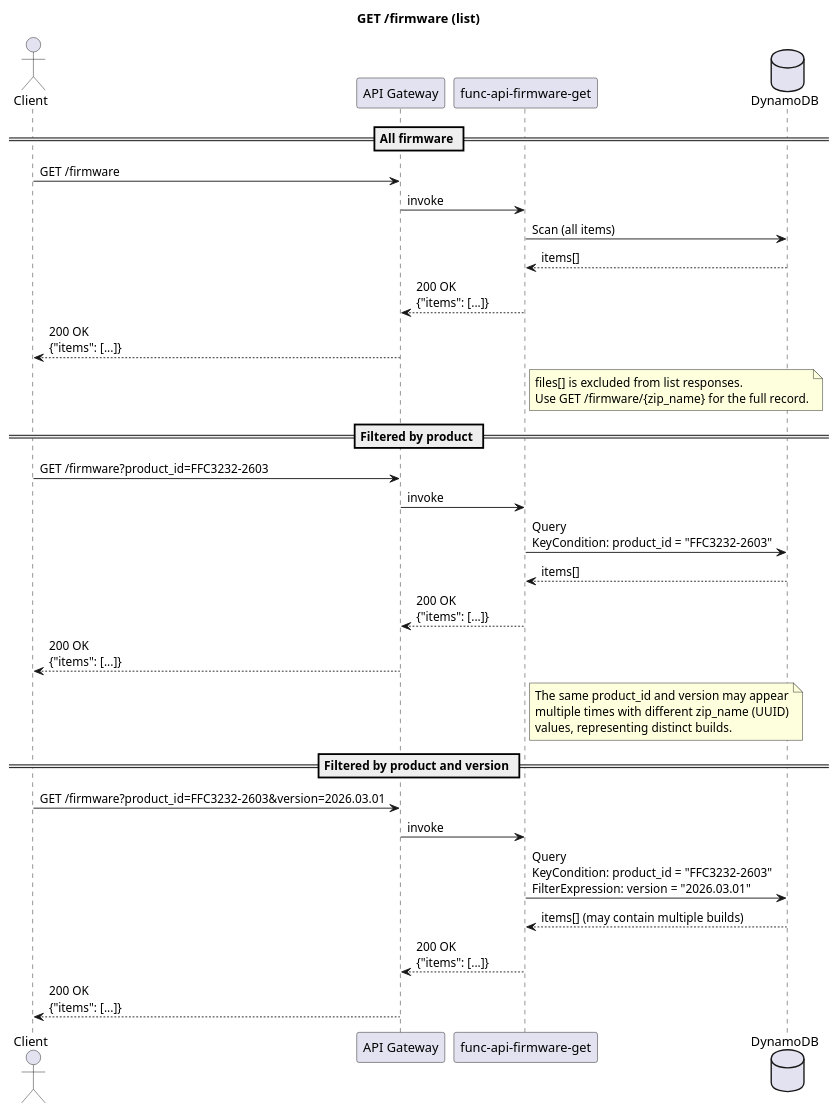
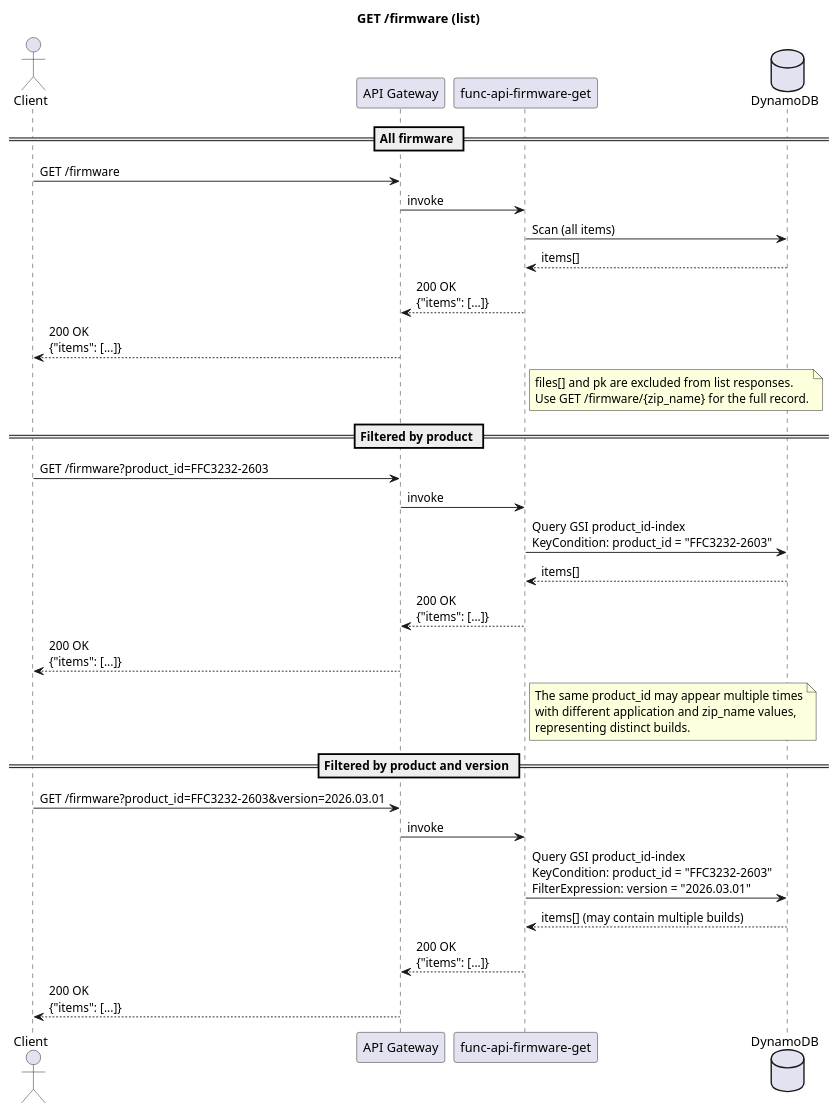
Before and after one commit to BrentIO/FireFly-Cloud: the diagram in docs/sequences/get-firmware-list.puml, drawn with PlantUML. The commit also changed 14 other files, not shown here.

First line of the commit message:
Redesign DynamoDB schema with composite PK and GSIs

```diff
--- a/docs/sequences/get-firmware-list.puml
+++ b/docs/sequences/get-firmware-list.puml
@@ -1,48 +1,48 @@
 @startuml GET /firmware
 
 title GET /firmware (list)
 
 actor Client
 participant "API Gateway" as APIGW
 participant "func-api-firmware-get" as Lambda
 database DynamoDB
 
 == All firmware ==
 
 Client -> APIGW : GET /firmware
 APIGW -> Lambda : invoke
 Lambda -> DynamoDB : Scan (all items)
 DynamoDB --> Lambda : items[]
 Lambda --> APIGW : 200 OK\n{"items": [...]}
 APIGW --> Client : 200 OK\n{"items": [...]}
 
 note right of Lambda
-  files[] is excluded from list responses.
+  files[] and pk are excluded from list responses.
   Use GET /firmware/{zip_name} for the full record.
 end note
 
 == Filtered by product ==
 
 Client -> APIGW : GET /firmware?product_id=FFC3232-2603
 APIGW -> Lambda : invoke
-Lambda -> DynamoDB : Query\nKeyCondition: product_id = "FFC3232-2603"
+Lambda -> DynamoDB : Query GSI product_id-index\nKeyCondition: product_id = "FFC3232-2603"
 DynamoDB --> Lambda : items[]
 Lambda --> APIGW : 200 OK\n{"items": [...]}
 APIGW --> Client : 200 OK\n{"items": [...]}
 
 note right of Lambda
-  The same product_id and version may appear
-  multiple times with different zip_name (UUID)
-  values, representing distinct builds.
+  The same product_id may appear multiple times
+  with different application and zip_name values,
+  representing distinct builds.
 end note
 
 == Filtered by product and version ==
 
 Client -> APIGW : GET /firmware?product_id=FFC3232-2603&version=2026.03.01
 APIGW -> Lambda : invoke
-Lambda -> DynamoDB : Query\nKeyCondition: product_id = "FFC3232-2603"\nFilterExpression: version = "2026.03.01"
+Lambda -> DynamoDB : Query GSI product_id-index\nKeyCondition: product_id = "FFC3232-2603"\nFilterExpression: version = "2026.03.01"
 DynamoDB --> Lambda : items[] (may contain multiple builds)
 Lambda --> APIGW : 200 OK\n{"items": [...]}
 APIGW --> Client : 200 OK\n{"items": [...]}
 
 @enduml
```
